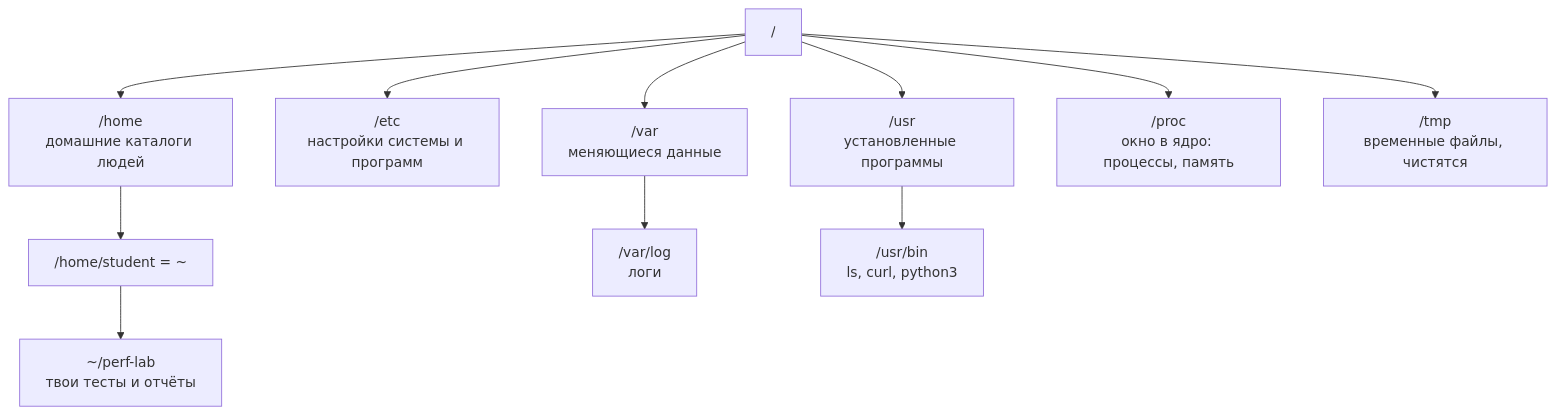
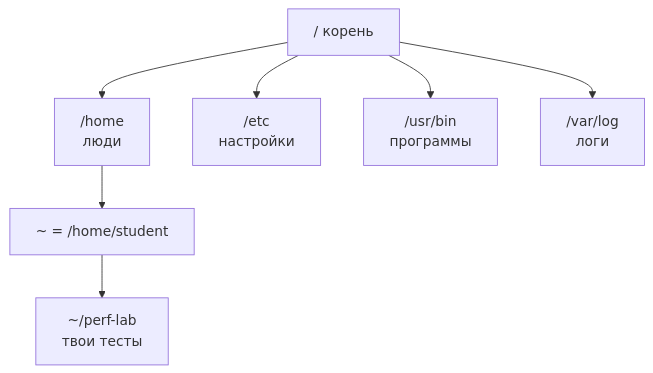
The second of 3 diagrams in 01-linux/01-workstation-terminal.md (distinguished-sre/load-tester), drawn with Mermaid before and after one commit. The commit also changed other lines of this file and 6 other files, not shown here.

First line of the commit message:
Виджеты и схемы переделаны по отзыву: автостарт, объяснения, подсказки при наведении

````diff
--- a/01-linux/01-workstation-terminal.md
+++ b/01-linux/01-workstation-terminal.md
@@ -154,13 +153,9 @@
 ```mermaid
 flowchart TD
-    R["/"] --> H["/home<br/>домашние каталоги людей"]
-    R --> E["/etc<br/>настройки системы и программ"]
-    R --> V["/var<br/>меняющиеся данные"]
-    R --> U["/usr<br/>установленные программы"]
-    R --> P["/proc<br/>окно в ядро: процессы, память"]
-    R --> T["/tmp<br/>временные файлы, чистятся"]
-    H --> S["/home/student = ~"]
-    S --> L["~/perf-lab<br/>твои тесты и отчёты"]
-    V --> VL["/var/log<br/>логи"]
-    U --> UB["/usr/bin<br/>ls, curl, python3"]
+    R["/ корень"] --> H["/home<br/>люди"]
+    R --> E["/etc<br/>настройки"]
+    R --> U["/usr/bin<br/>программы"]
+    R --> V["/var/log<br/>логи"]
+    H --> HS["~ = /home/student"]
+    HS --> L["~/perf-lab<br/>твои тесты"]
 ```
````
